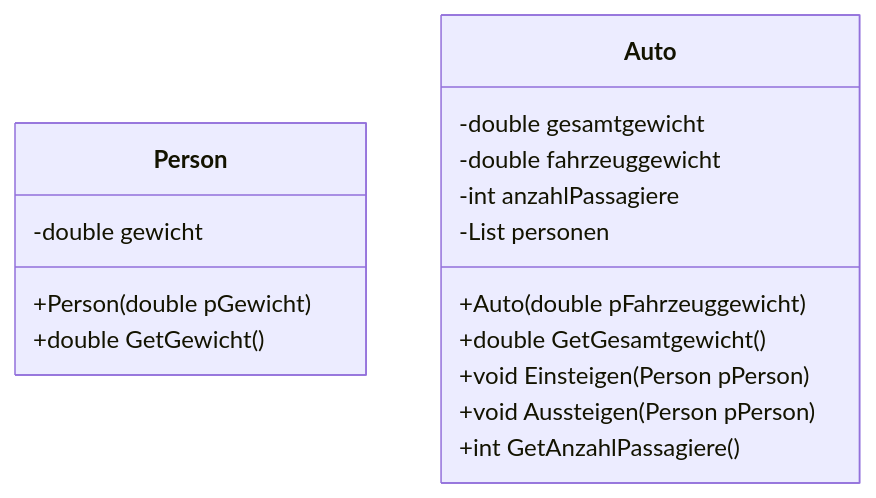
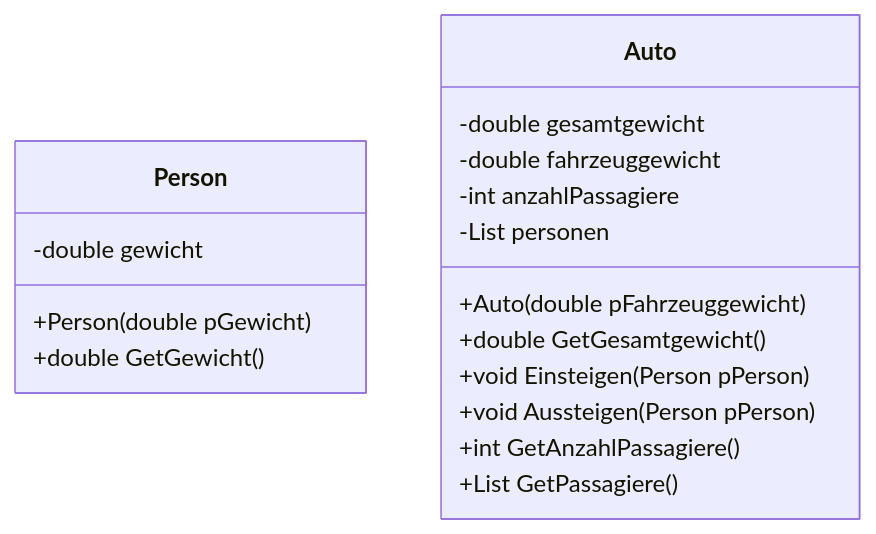
Before and after one commit to BKR-FTEx-23/autopersongewicht-audi: the diagram in README.md, drawn with Mermaid. The commit also changed other lines of this file, not shown here.

````diff
--- a/README.md
+++ b/README.md
@@ -6,20 +6,21 @@
 ```mermaid
 classDiagram
     class Person {
         -double gewicht
         +Person(double pGewicht)
         +double GetGewicht()
     }
 
     class Auto {
         -double gesamtgewicht
         -double fahrzeuggewicht
         -int anzahlPassagiere
         -List<Person> personen
         +Auto(double pFahrzeuggewicht)
         +double GetGesamtgewicht()
         +void Einsteigen(Person pPerson)
         +void Aussteigen(Person pPerson)
         +int GetAnzahlPassagiere()
+        +List<Person> GetPassagiere()
     }
 ```
````
